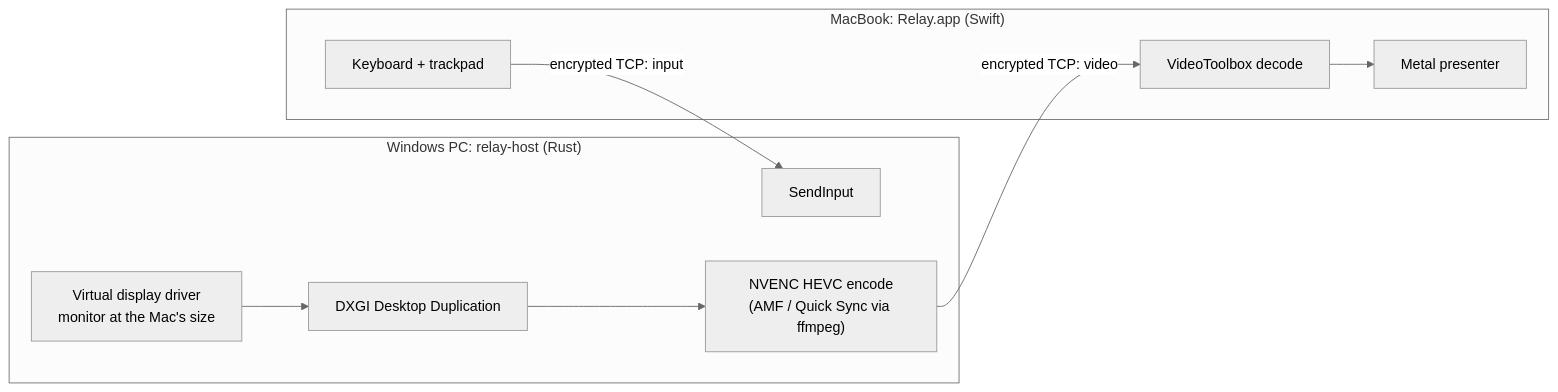
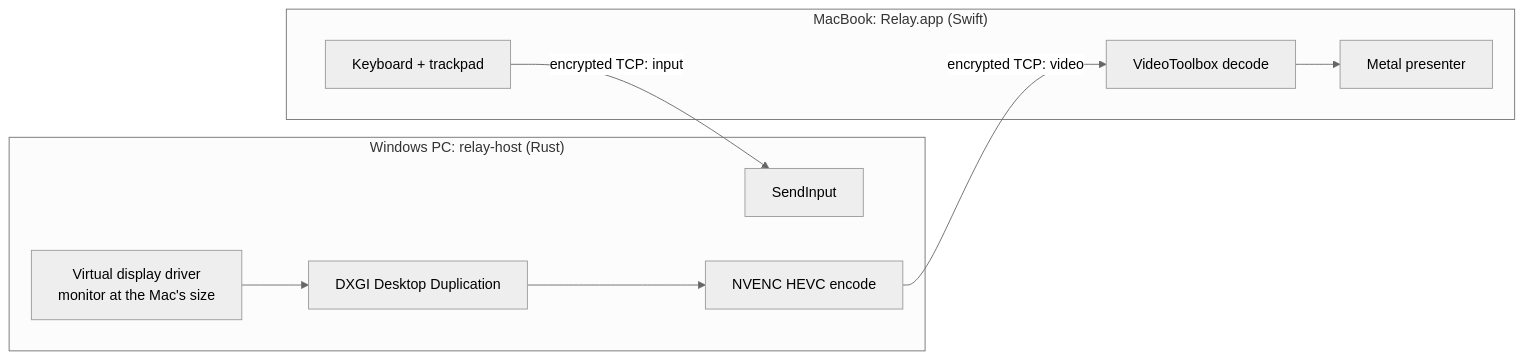
One commit to theamanali/relay changed the diagram in README.md. Above: the diagram before and after it, drawn with Mermaid (neutral theme). The commit also changed other lines of this file and 4 other files, not shown here.

````diff
--- a/README.md
+++ b/README.md
@@ -50,14 +50,14 @@
 ```mermaid
 flowchart LR
   subgraph PC["Windows PC: relay-host (Rust)"]
     VDD["Virtual display driver<br/>monitor at the Mac's size"] --> DDA["DXGI Desktop Duplication"]
-    DDA --> ENC["NVENC HEVC encode<br/>(AMF / Quick Sync via ffmpeg)"]
+    DDA --> ENC["NVENC HEVC encode"]
     IN["SendInput"]
   end
   subgraph MAC["MacBook: Relay.app (Swift)"]
     DEC["VideoToolbox decode"] --> MTL["Metal presenter"]
     KB["Keyboard + trackpad"]
   end
   ENC -- "encrypted TCP: video" --> DEC
   KB -- "encrypted TCP: input" --> IN
 ```
````
